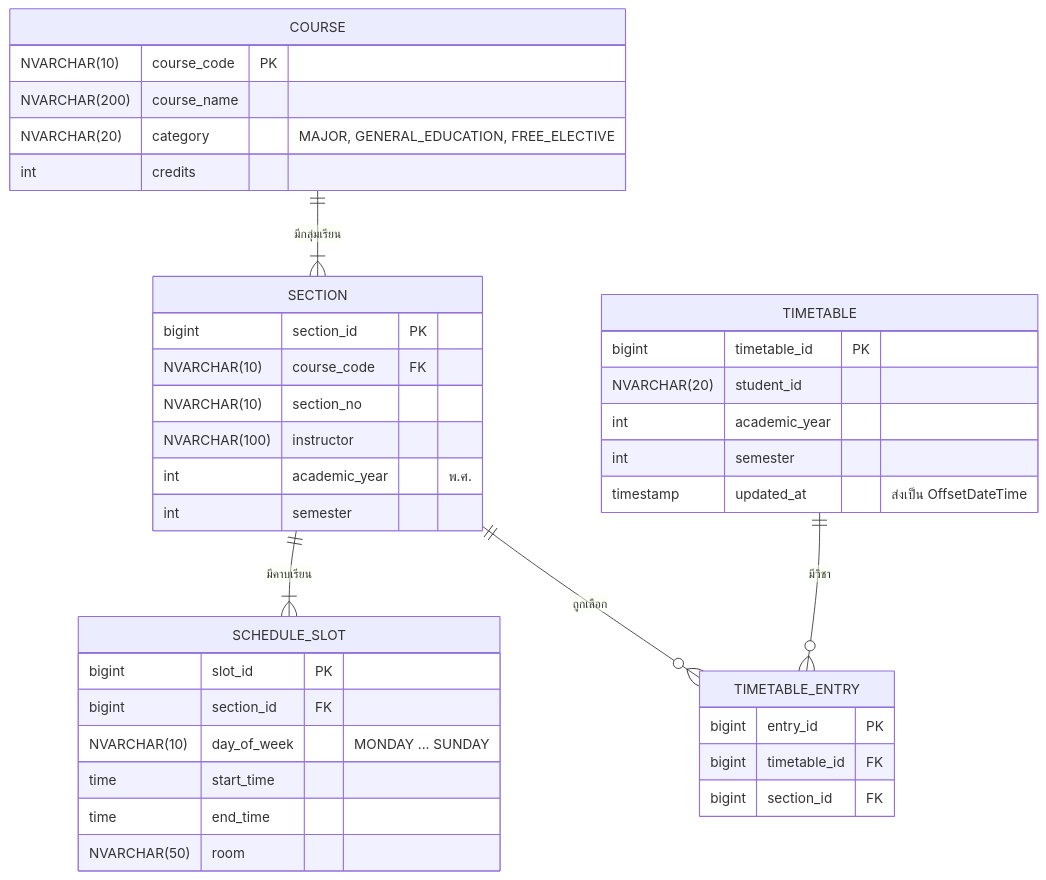
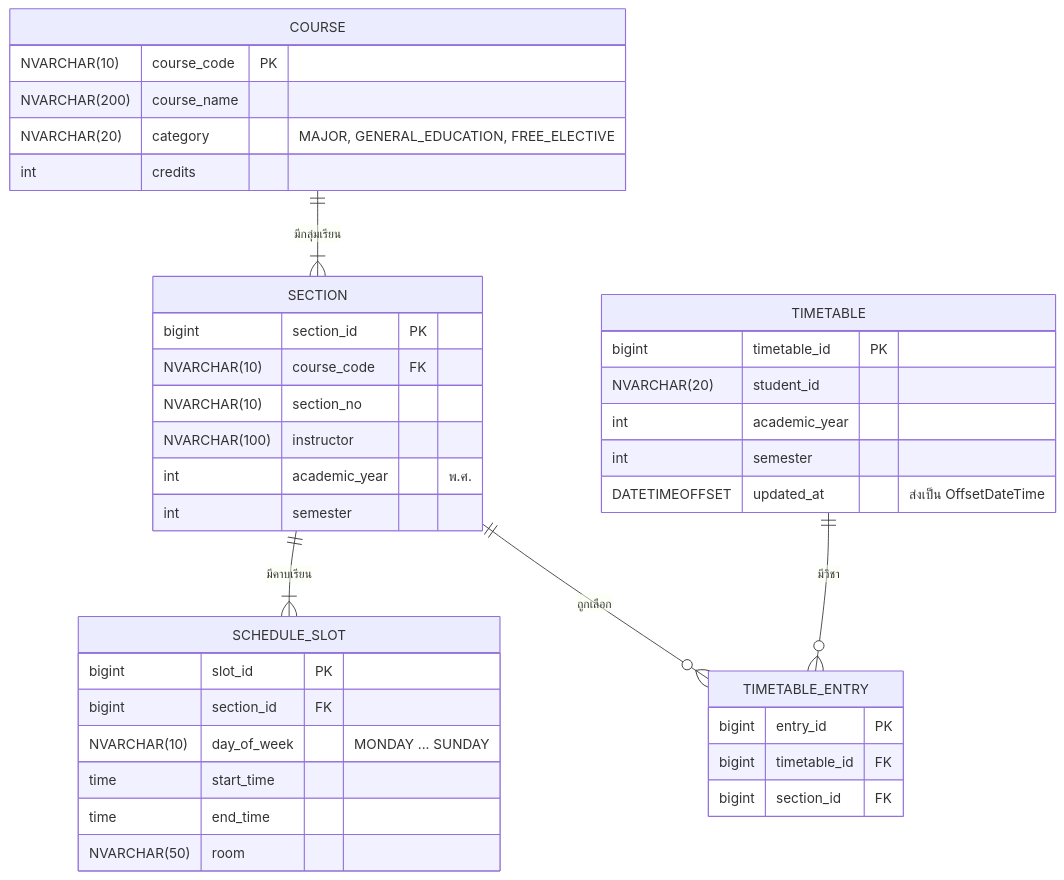
One commit to Non-Sin/CS261-G3-MockTimetableTU changed the diagram in .doc/US1/T06/US1-T06-ER-Diagram.md. Above: the diagram before and after it, drawn with Mermaid.

Commit message:
fix: Edit ER Diagram from timestamp to DATETIMEOFFSET

````diff
--- a/.doc/US1/T06/US1-T06-ER-Diagram.md
+++ b/.doc/US1/T06/US1-T06-ER-Diagram.md
@@ -5,42 +5,42 @@
 ```mermaid
 erDiagram
     COURSE ||--|{ SECTION : "มีกลุ่มเรียน"
     SECTION ||--|{ SCHEDULE_SLOT : "มีคาบเรียน"
     TIMETABLE ||--o{ TIMETABLE_ENTRY : "มีวิชา"
     SECTION ||--o{ TIMETABLE_ENTRY : "ถูกเลือก"
 
     COURSE {
         NVARCHAR(10) course_code PK
         NVARCHAR(200) course_name
         NVARCHAR(20) category "MAJOR, GENERAL_EDUCATION, FREE_ELECTIVE"
         int credits
     }
     SECTION {
         bigint section_id PK
         NVARCHAR(10) course_code FK
         NVARCHAR(10) section_no
         NVARCHAR(100) instructor
         int academic_year "พ.ศ."
         int semester
     }
     SCHEDULE_SLOT {
         bigint slot_id PK
         bigint section_id FK
         NVARCHAR(10) day_of_week "MONDAY ... SUNDAY"
         time start_time
         time end_time
         NVARCHAR(50) room
     }
     TIMETABLE {
         bigint timetable_id PK
         NVARCHAR(20) student_id
         int academic_year
         int semester
-        timestamp updated_at "ส่งเป็น OffsetDateTime"
+        DATETIMEOFFSET updated_at "ส่งเป็น OffsetDateTime"
     }
     TIMETABLE_ENTRY {
         bigint entry_id PK
         bigint timetable_id FK
         bigint section_id FK
     }
 ```
````
